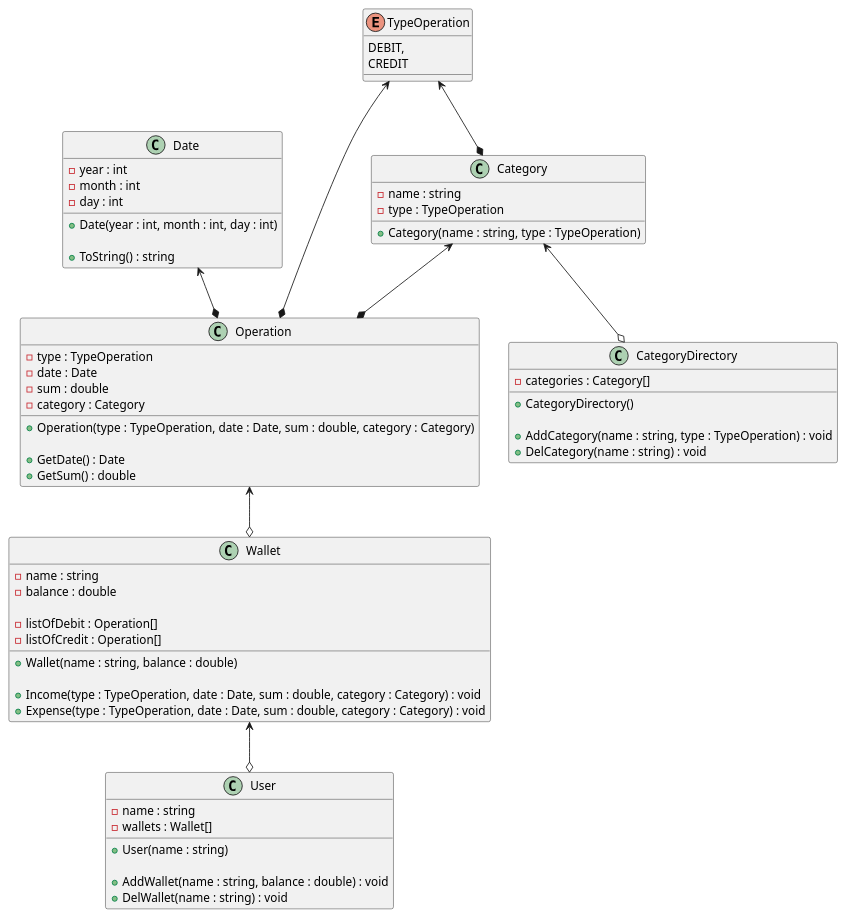
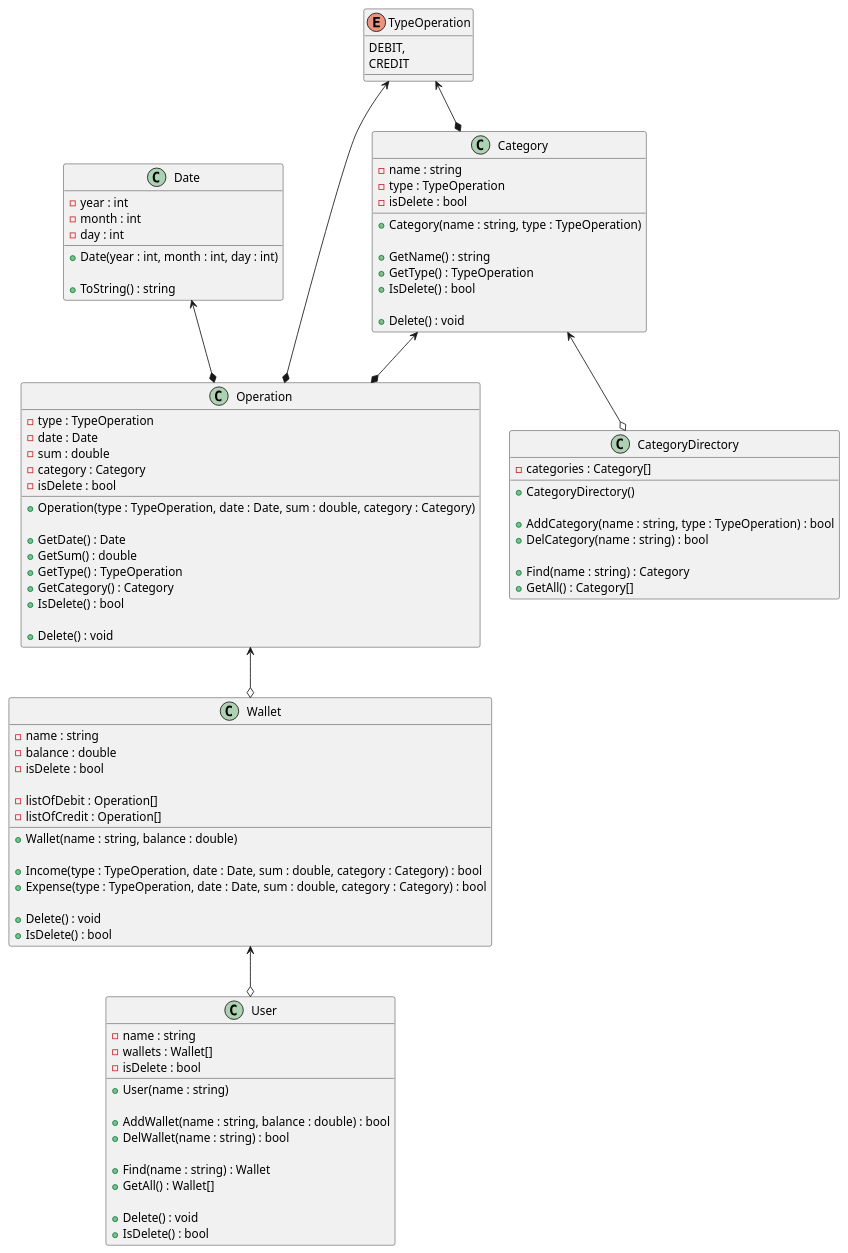
The diagram in lib/class_diagram.puml (GhettoRogue/Finance), drawn with PlantUML before and after one commit. The commit also changed 8 other files, not shown here.

```diff
--- a/lib/class_diagram.puml
+++ b/lib/class_diagram.puml
@@ -1,77 +1,104 @@
 @startuml
 'https://plantuml.com/class-diagram
 
 class Date {
 - year : int
 - month : int
 - day : int
 
 + Date(year : int, month : int, day : int)
 
 + ToString() : string
 }
 
 enum TypeOperation {
 DEBIT,
 CREDIT
 }
 
 TypeOperation <--* Category
 class Category {
 - name : string
 - type : TypeOperation
+- isDelete : bool
 
 + Category(name : string, type : TypeOperation)
+
++ GetName() : string
++ GetType() : TypeOperation
++ IsDelete() : bool
+
++ Delete() : void
 }
 
 Category <--o CategoryDirectory
 class CategoryDirectory {
 - categories : Category[]
 
 + CategoryDirectory()
 
-+ AddCategory(name : string, type : TypeOperation) : void
-+ DelCategory(name : string) : void
++ AddCategory(name : string, type : TypeOperation) : bool
++ DelCategory(name : string) : bool
+
++ Find(name : string) : Category
++ GetAll() : Category[]
 }
 
 Date <--* Operation
 TypeOperation <--* Operation
 Category <--* Operation
 class Operation {
 - type : TypeOperation
 - date : Date
 - sum : double
 - category : Category
+- isDelete : bool
 
 + Operation(type : TypeOperation, date : Date, sum : double, category : Category)
 
 + GetDate() : Date
 + GetSum() : double
++ GetType() : TypeOperation
++ GetCategory() : Category
++ IsDelete() : bool
+
++ Delete() : void
 }
 
 Operation <--o Wallet
 class Wallet {
 - name : string
 - balance : double
+- isDelete : bool
 
 - listOfDebit : Operation[]
 - listOfCredit : Operation[]
 
 + Wallet(name : string, balance : double)
 
-+ Income(type : TypeOperation, date : Date, sum : double, category : Category) : void
-+ Expense(type : TypeOperation, date : Date, sum : double, category : Category) : void
++ Income(type : TypeOperation, date : Date, sum : double, category : Category) : bool
++ Expense(type : TypeOperation, date : Date, sum : double, category : Category) : bool
+
++ Delete() : void
++ IsDelete() : bool
 }
 
 Wallet <--o User
 class User {
 - name : string
 - wallets : Wallet[]
+- isDelete : bool
 
 + User(name : string)
 
-+ AddWallet(name : string, balance : double) : void
-+ DelWallet(name : string) : void
++ AddWallet(name : string, balance : double) : bool
++ DelWallet(name : string) : bool
+
++ Find(name : string) : Wallet
++ GetAll() : Wallet[]
+
++ Delete() : void
++ IsDelete() : bool
 }
 
 @enduml
```
